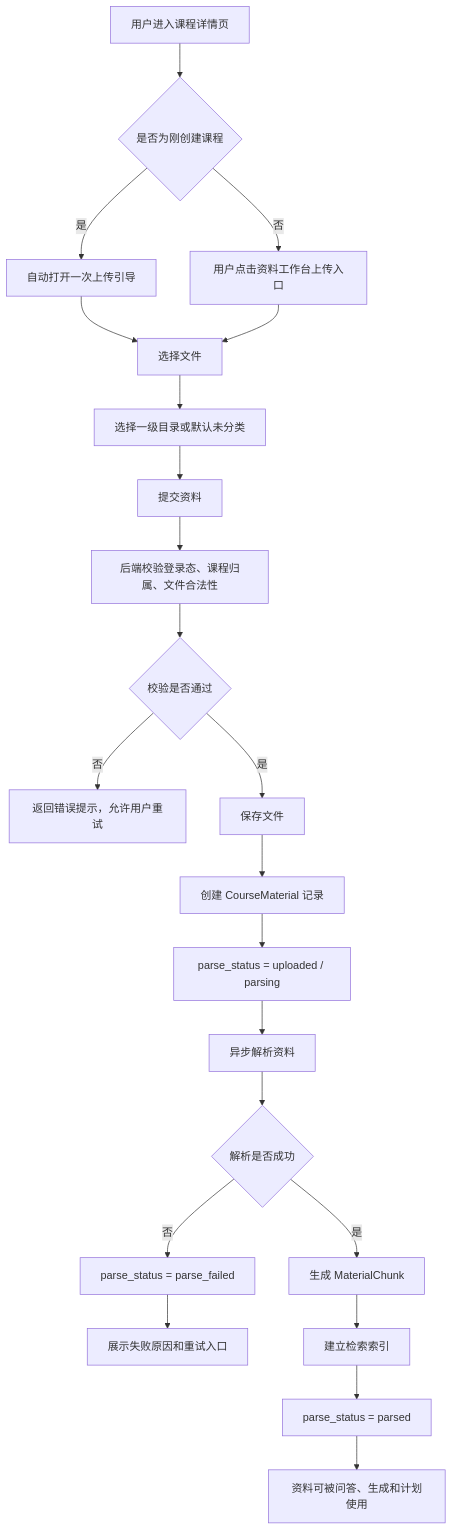
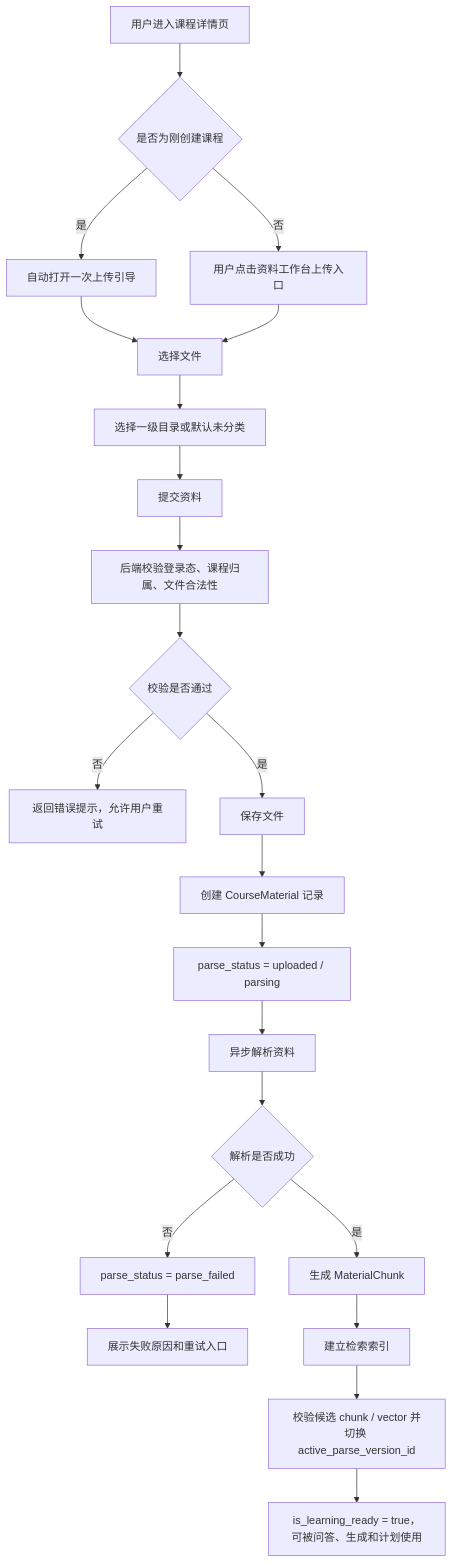
One commit to cyruan815/CourseNexus changed the fourth of 10 diagrams in docs/product/PRD/02_用户流程_页面跳转_系统流程.md. Above: the diagram before and after it, drawn with Mermaid. The commit also changed other lines of this file and 6 other files, not shown here.

````diff
--- a/docs/product/PRD/02_用户流程_页面跳转_系统流程.md
+++ b/docs/product/PRD/02_用户流程_页面跳转_系统流程.md
@@ -232,24 +232,24 @@
 ```mermaid
 flowchart TD
     A["用户进入课程详情页"] --> B{"是否为刚创建课程"}
     B -- "是" --> C["自动打开一次上传引导"]
     B -- "否" --> D["用户点击资料工作台上传入口"]
     C --> E["选择文件"]
     D --> E
     E --> F["选择一级目录或默认未分类"]
     F --> G["提交资料"]
     G --> H["后端校验登录态、课程归属、文件合法性"]
     H --> I{"校验是否通过"}
     I -- "否" --> J["返回错误提示，允许用户重试"]
     I -- "是" --> K["保存文件"]
     K --> L["创建 CourseMaterial 记录"]
     L --> M["parse_status = uploaded / parsing"]
     M --> N["异步解析资料"]
     N --> O{"解析是否成功"}
     O -- "否" --> P["parse_status = parse_failed"]
     P --> Q["展示失败原因和重试入口"]
     O -- "是" --> R["生成 MaterialChunk"]
     R --> S["建立检索索引"]
-    S --> T["parse_status = parsed"]
-    T --> U["资料可被问答、生成和计划使用"]
+    S --> T["校验候选 chunk / vector 并切换 active_parse_version_id"]
+    T --> U["is_learning_ready = true，可被问答、生成和计划使用"]
 ```
````
